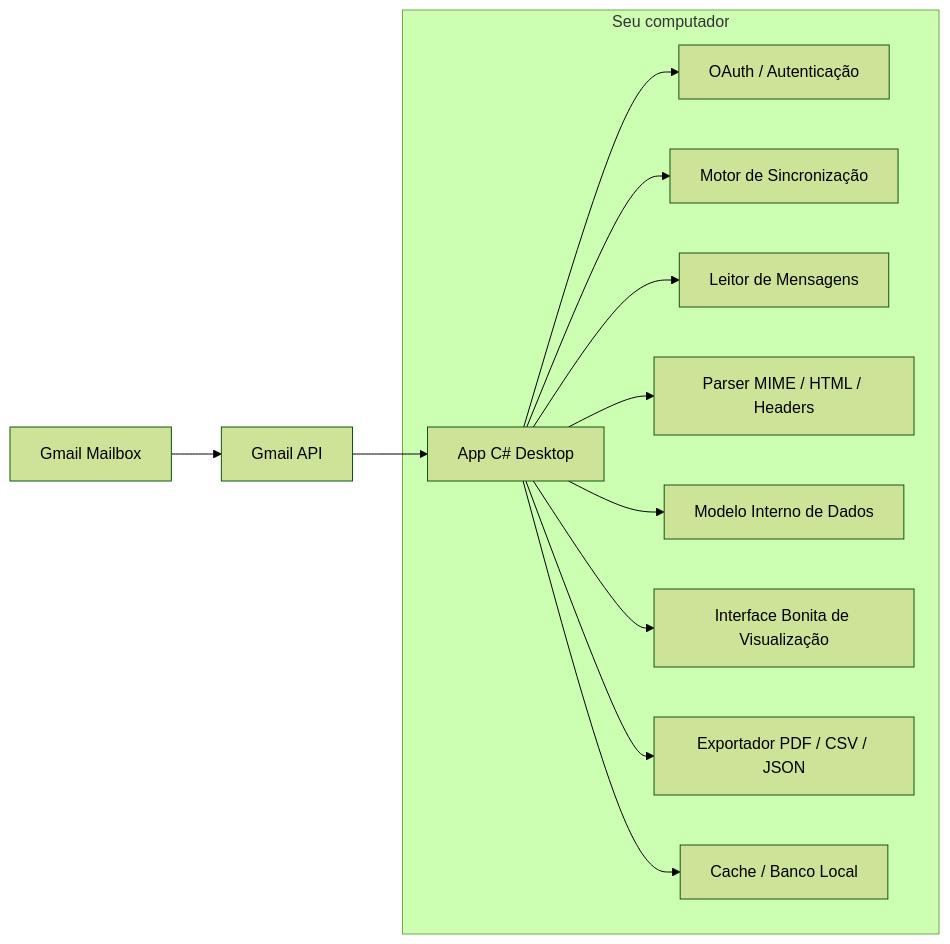
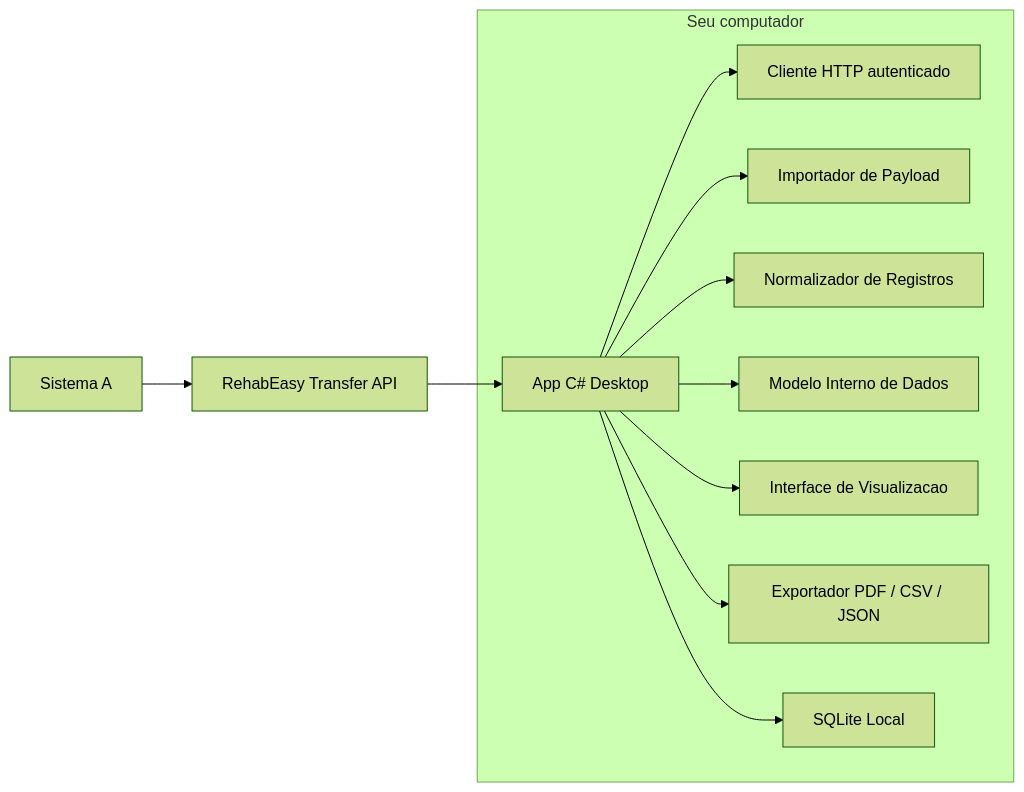
Before and after one commit to Bruno-BRG/RebEasy: the diagram in docs/01-visao-geral.mmd, drawn with Mermaid (forest theme). The commit also changed 31 other files, not shown here.

Commit message:
Switch RehabEasy import flow to transfer API

```diff
--- a/docs/01-visao-geral.mmd
+++ b/docs/01-visao-geral.mmd
@@ -1,14 +1,13 @@
 flowchart LR
-    A[Gmail Mailbox] --> B[Gmail API]
+    A[Sistema A] --> B[RehabEasy Transfer API]
     B --> C[App C# Desktop]
 
     subgraph PC["Seu computador"]
-        C --> D[OAuth / Autenticação]
-        C --> E[Motor de Sincronização]
-        C --> F[Leitor de Mensagens]
-        C --> G[Parser MIME / HTML / Headers]
-        C --> H[Modelo Interno de Dados]
-        C --> I[Interface Bonita de Visualização]
-        C --> J[Exportador PDF / CSV / JSON]
-        C --> K[Cache / Banco Local]
+        C --> D[Cliente HTTP autenticado]
+        C --> E[Importador de Payload]
+        C --> F[Normalizador de Registros]
+        C --> G[Modelo Interno de Dados]
+        C --> H[Interface de Visualizacao]
+        C --> I[Exportador PDF / CSV / JSON]
+        C --> J[SQLite Local]
     end
```
